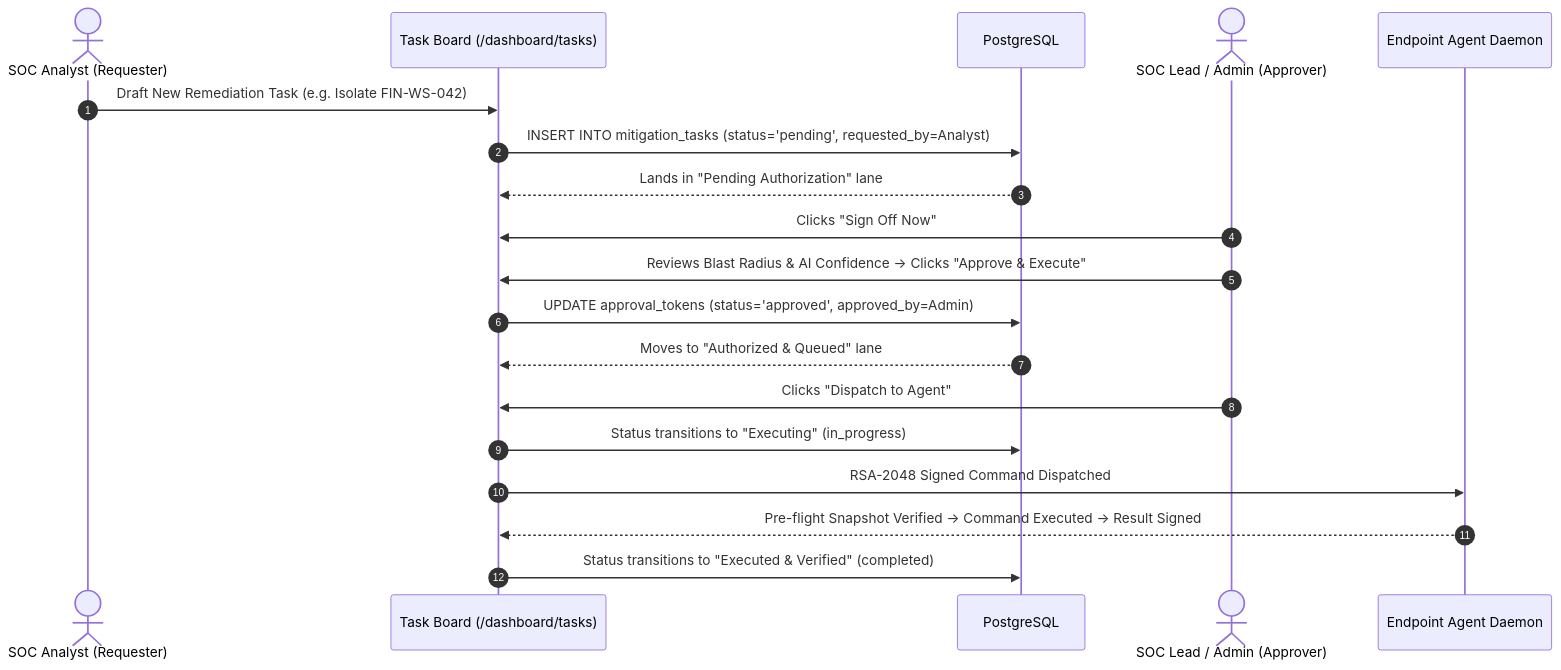
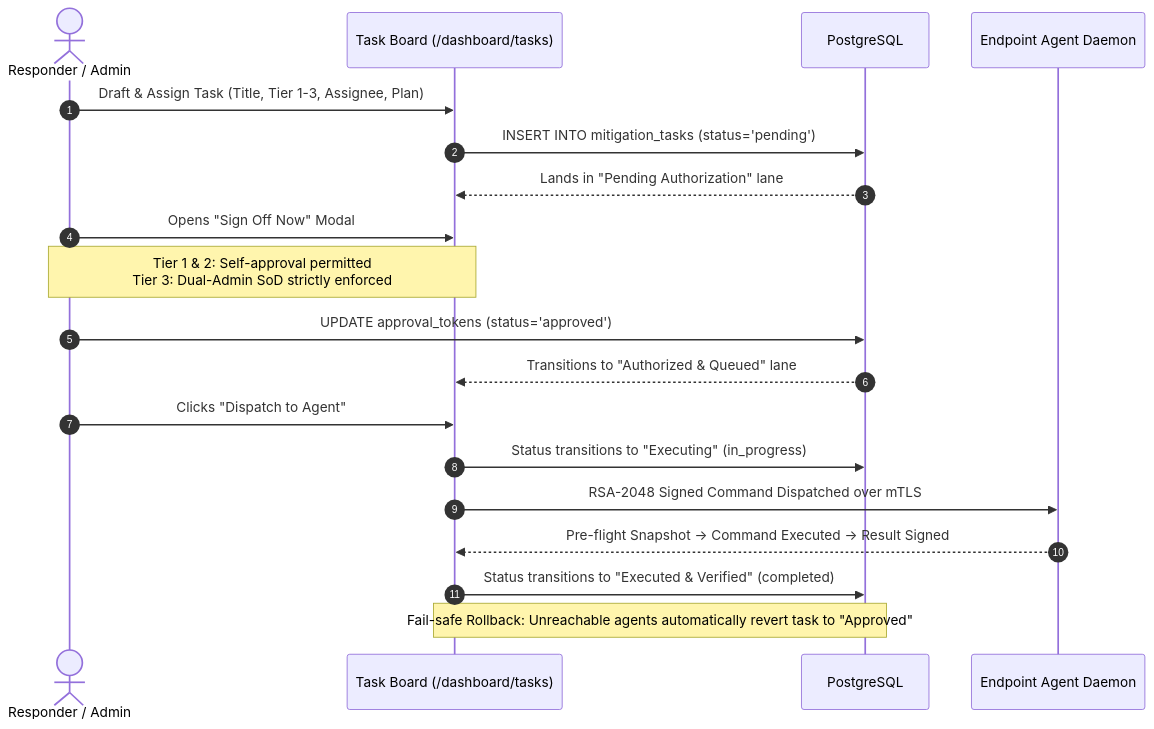
One commit to Mints-ai/SHIELD-DESK changed the second of 2 diagrams in README.md. Above: the diagram before and after it, drawn with Mermaid. The commit also changed other lines of this file and 12 other files, not shown here.

Commit message:
feat(agent,tasks): migrate endpoint agent to native Go and streamline task creation UI

````diff
--- a/README.md
+++ b/README.md
@@ -172,22 +168,22 @@
 ```mermaid
 sequenceDiagram
     autonumber
-    actor Analyst as SOC Analyst (Requester)
+    actor Operator as Responder / Admin
     participant Board as Task Board (/dashboard/tasks)
     participant DB as PostgreSQL
-    actor Admin as SOC Lead / Admin (Approver)
     participant Agent as Endpoint Agent Daemon
 
-    Analyst->>Board: Draft New Remediation Task (e.g. Isolate FIN-WS-042)
-    Board->>DB: INSERT INTO mitigation_tasks (status='pending', requested_by=Analyst)
+    Operator->>Board: Draft & Assign Task (Title, Tier 1-3, Assignee, Plan)
+    Board->>DB: INSERT INTO mitigation_tasks (status='pending')
     DB-->>Board: Lands in "Pending Authorization" lane
-    Admin->>Board: Clicks "Sign Off Now"
-    Admin->>Board: Reviews Blast Radius & AI Confidence -> Clicks "Approve & Execute"
-    Board->>DB: UPDATE approval_tokens (status='approved', approved_by=Admin)
-    DB-->>Board: Moves to "Authorized & Queued" lane
-    Admin->>Board: Clicks "Dispatch to Agent"
+    Operator->>Board: Opens "Sign Off Now" Modal
+    Note over Operator,Board: Tier 1 & 2: Self-approval permitted<br/>Tier 3: Dual-Admin SoD strictly enforced
+    Operator->>DB: UPDATE approval_tokens (status='approved')
+    DB-->>Board: Transitions to "Authorized & Queued" lane
+    Operator->>Board: Clicks "Dispatch to Agent"
     Board->>DB: Status transitions to "Executing" (in_progress)
-    Board->>Agent: RSA-2048 Signed Command Dispatched
-    Agent-->>Board: Pre-flight Snapshot Verified -> Command Executed -> Result Signed
+    Board->>Agent: RSA-2048 Signed Command Dispatched over mTLS
+    Agent-->>Board: Pre-flight Snapshot -> Command Executed -> Result Signed
     Board->>DB: Status transitions to "Executed & Verified" (completed)
+    Note over Board,DB: Fail-safe Rollback: Unreachable agents automatically revert task to "Approved"
 ```
````
